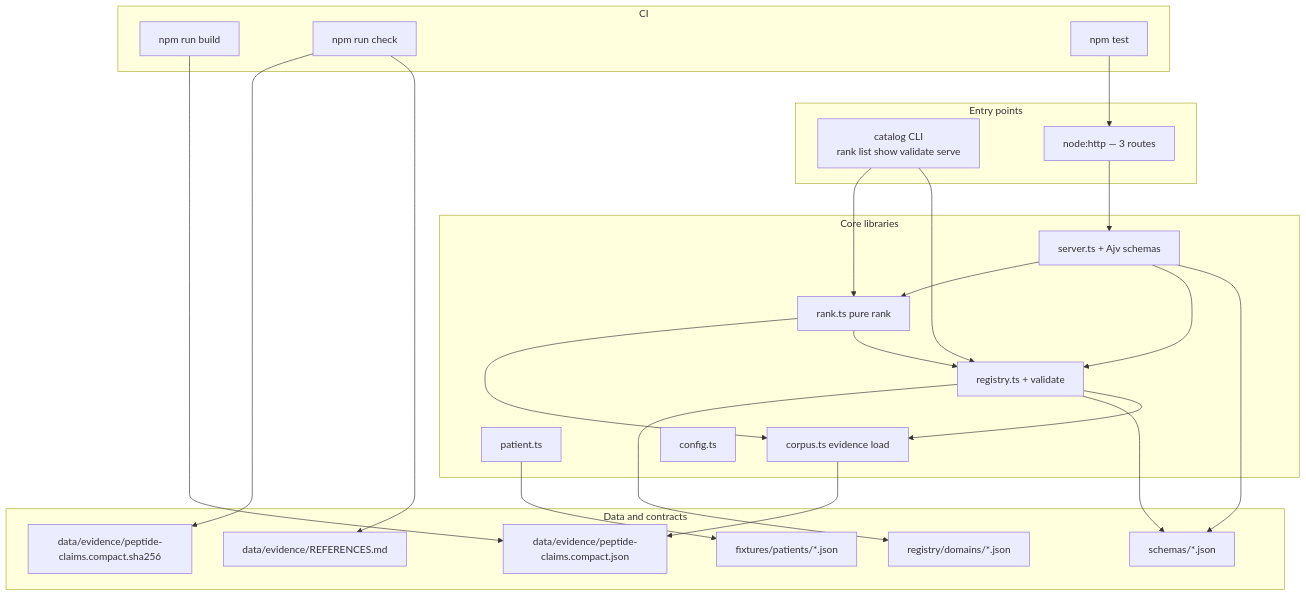
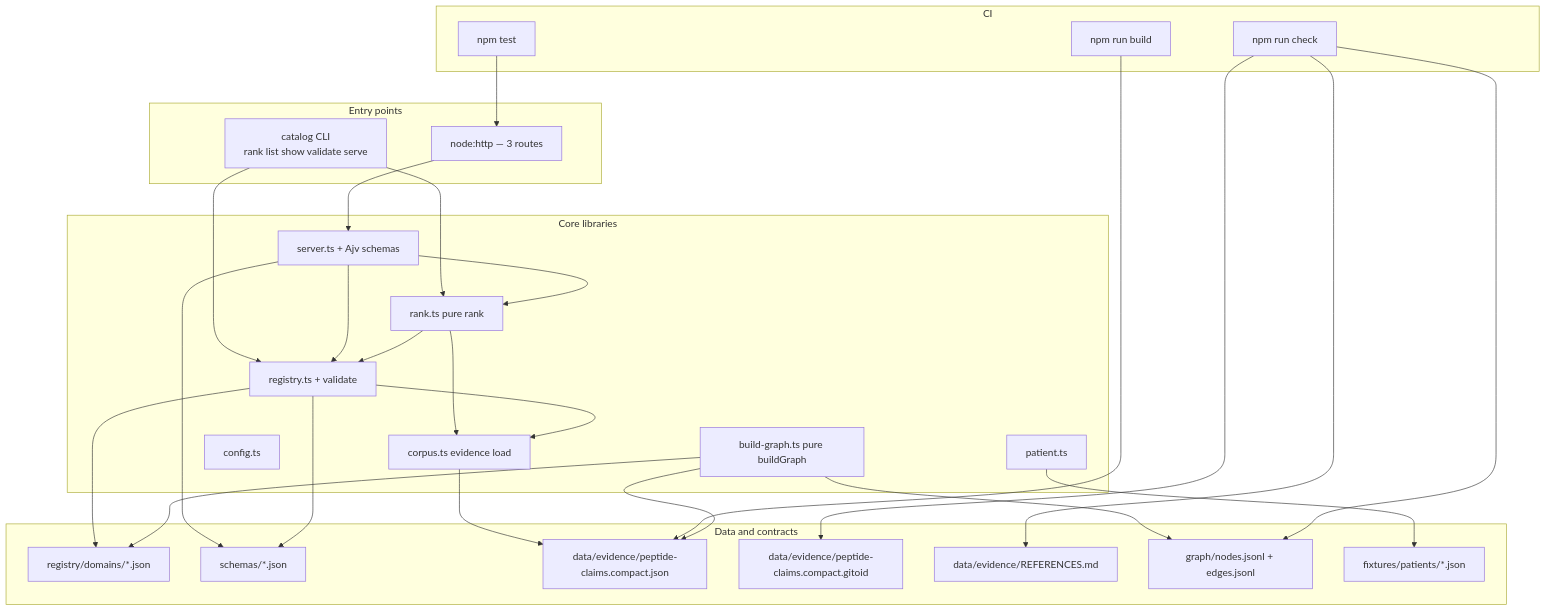
One commit to wetware-hq/catalog changed the diagram in docs/architecture.mermaid. Above: the diagram before and after it, drawn with Mermaid. The commit also changed 14 other files, not shown here.

First line of the commit message:
Add KGX Biolink graph build, merge semilattice, check wiring

```diff
--- a/docs/architecture.mermaid
+++ b/docs/architecture.mermaid
@@ -1,47 +1,53 @@
 flowchart TB
   subgraph entry [Entry points]
     CLI[catalog CLI\nrank list show validate serve]
     HTTP[node:http — 3 routes]
   end
 
   subgraph core [Core libraries]
     RANK[rank.ts pure rank]
     REG[registry.ts + validate]
     PAT[patient.ts]
     CORP[corpus.ts evidence load]
     CFG[config.ts]
     SRV[server.ts + Ajv schemas]
+    GBUILD[build-graph.ts pure buildGraph]
   end
 
   subgraph data [Data and contracts]
     REGJSON[registry/domains/*.json]
     SCHEMAS[schemas/*.json]
     EVID[data/evidence/peptide-claims.compact.json]
-    SHA[data/evidence/peptide-claims.compact.sha256]
+    GITOID[data/evidence/peptide-claims.compact.gitoid]
     REFS[data/evidence/REFERENCES.md]
+    KGX[graph/nodes.jsonl + edges.jsonl]
     FIX[fixtures/patients/*.json]
   end
 
   subgraph ci [CI]
     BUILD[npm run build]
     CHK[npm run check]
     TST[npm test]
   end
 
   CLI --> RANK
   CLI --> REG
   HTTP --> SRV
   SRV --> RANK
   SRV --> REG
   SRV --> SCHEMAS
   RANK --> CORP
   RANK --> REG
   REG --> REGJSON
   REG --> SCHEMAS
   REG --> CORP
   PAT --> FIX
   CORP --> EVID
   BUILD --> EVID
-  CHK --> SHA
+  GBUILD --> REGJSON
+  GBUILD --> EVID
+  GBUILD --> KGX
+  CHK --> GITOID
   CHK --> REFS
+  CHK --> KGX
   TST --> HTTP
```
